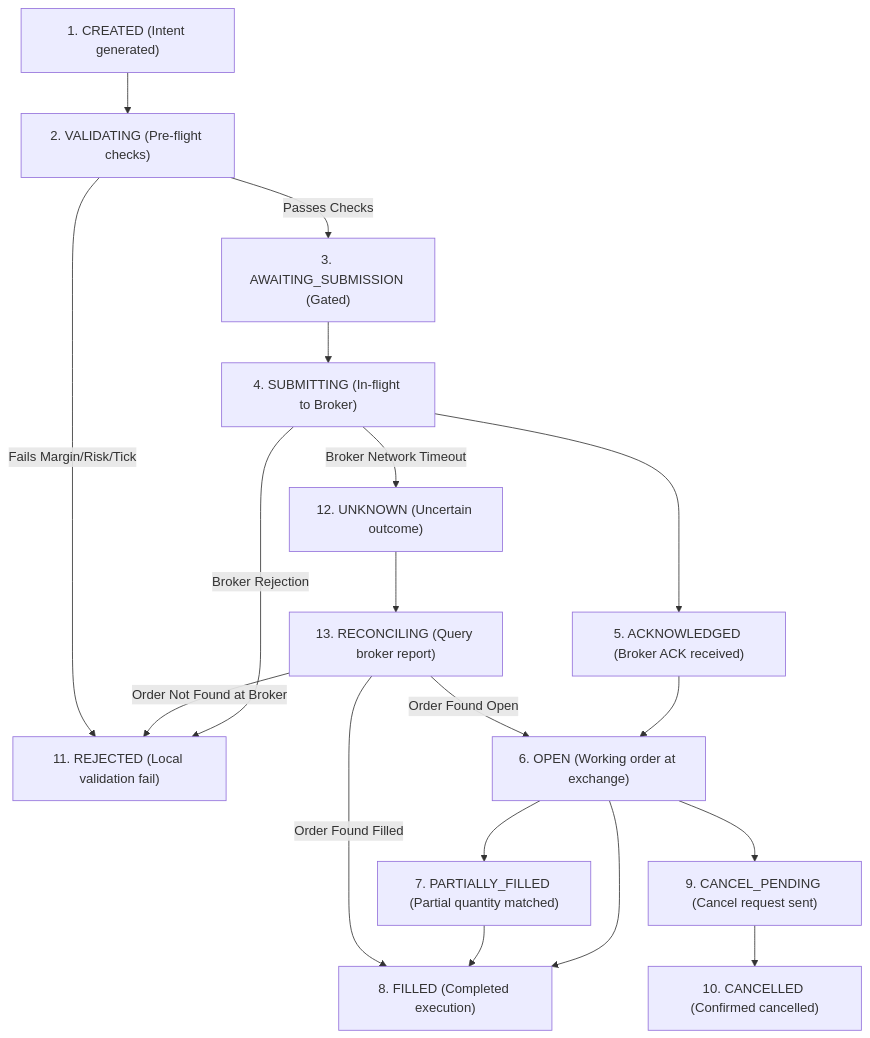
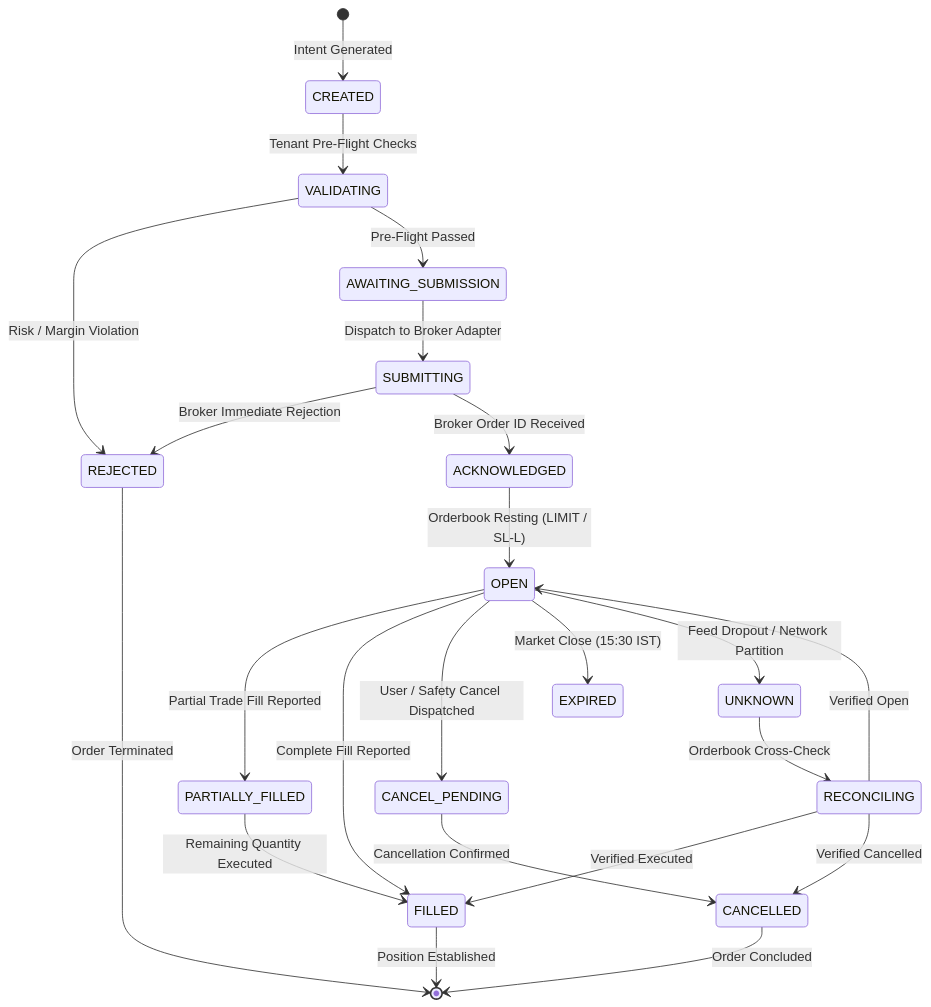
One commit to Vinkal93/AutoTrader-3.0 changed the diagram in docs/ORDER_LIFECYCLE.md. Above: the diagram before and after it, drawn with Mermaid. The commit also changed other lines of this file and 10 other files, not shown here.

Commit message:
docs(saas): establish multi-tenant multi-broker SaaS architecture, regulatory compliance, and master governance suite

````diff
--- a/docs/ORDER_LIFECYCLE.md
+++ b/docs/ORDER_LIFECYCLE.md
@@ -11,20 +12,30 @@
 ```mermaid
-flowchart TD
-    CREATED["1. CREATED (Intent generated)"] --> VALIDATING["2. VALIDATING (Pre-flight checks)"]
-    VALIDATING -->|Fails Margin/Risk/Tick| REJECTED["11. REJECTED (Local validation fail)"]
-    VALIDATING -->|Passes Checks| AWAITING_SUBMISSION["3. AWAITING_SUBMISSION (Gated)"]
-    AWAITING_SUBMISSION --> SUBMITTING["4. SUBMITTING (In-flight to Broker)"]
-    SUBMITTING -->|Broker Network Timeout| UNKNOWN["12. UNKNOWN (Uncertain outcome)"]
-    UNKNOWN --> RECONCILING["13. RECONCILING (Query broker report)"]
-    RECONCILING -->|Order Not Found at Broker| REJECTED
-    RECONCILING -->|Order Found Open| OPEN["6. OPEN (Working order at exchange)"]
-    RECONCILING -->|Order Found Filled| FILLED["8. FILLED (Completed execution)"]
-    SUBMITTING --> ACKNOWLEDGED["5. ACKNOWLEDGED (Broker ACK received)"]
-    ACKNOWLEDGED --> OPEN
-    OPEN --> PARTIALLY_FILLED["7. PARTIALLY_FILLED (Partial quantity matched)"]
-    PARTIALLY_FILLED --> FILLED
-    OPEN --> FILLED
-    OPEN --> CANCEL_PENDING["9. CANCEL_PENDING (Cancel request sent)"]
-    CANCEL_PENDING --> CANCELLED["10. CANCELLED (Confirmed cancelled)"]
-    SUBMITTING -->|Broker Rejection| REJECTED
+stateDiagram-v2
+    [*] --> CREATED: Intent Generated
+    CREATED --> VALIDATING: Tenant Pre-Flight Checks
+    VALIDATING --> REJECTED: Risk / Margin Violation
+    VALIDATING --> AWAITING_SUBMISSION: Pre-Flight Passed
+    
+    AWAITING_SUBMISSION --> SUBMITTING: Dispatch to Broker Adapter
+    SUBMITTING --> REJECTED: Broker Immediate Rejection
+    SUBMITTING --> ACKNOWLEDGED: Broker Order ID Received
+    
+    ACKNOWLEDGED --> OPEN: Orderbook Resting (LIMIT / SL-L)
+    OPEN --> PARTIALLY_FILLED: Partial Trade Fill Reported
+    PARTIALLY_FILLED --> FILLED: Remaining Quantity Executed
+    OPEN --> FILLED: Complete Fill Reported
+    
+    OPEN --> CANCEL_PENDING: User / Safety Cancel Dispatched
+    CANCEL_PENDING --> CANCELLED: Cancellation Confirmed
+    OPEN --> EXPIRED: Market Close (15:30 IST)
+    
+    OPEN --> UNKNOWN: Feed Dropout / Network Partition
+    UNKNOWN --> RECONCILING: Orderbook Cross-Check
+    RECONCILING --> OPEN: Verified Open
+    RECONCILING --> FILLED: Verified Executed
+    RECONCILING --> CANCELLED: Verified Cancelled
+    
+    FILLED --> [*]: Position Established
+    CANCELLED --> [*]: Order Concluded
+    REJECTED --> [*]: Order Terminated
 ```
````
